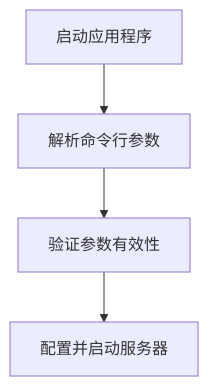
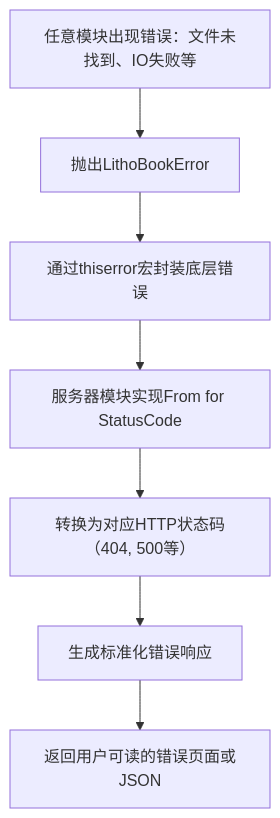
Before and after one commit to sopaco/litho-book: the fourth of 5 diagrams in litho.docs/3、工作流程.md, drawn with Mermaid. The commit also changed other lines of this file and 16 other files, not shown here.

````diff
--- a/litho.docs/3、工作流程.md
+++ b/litho.docs/3、工作流程.md
@@ -48,6 +117,9 @@
 ```mermaid
 graph TD
-    A[启动应用程序] --> B[解析命令行参数]
-    B --> C[验证参数有效性]
-    C --> D[配置并启动服务器]
+    A[任意模块出现错误：文件未找到、IO失败等] --> B[抛出LithoBookError]
+    B --> C[通过thiserror宏封装底层错误]
+    C --> D[服务器模块实现From<LithoBookError> for StatusCode]
+    D --> E[转换为对应HTTP状态码（404, 500等）]
+    E --> F[生成标准化错误响应]
+    F --> G[返回用户可读的错误页面或JSON]
 ```
````
